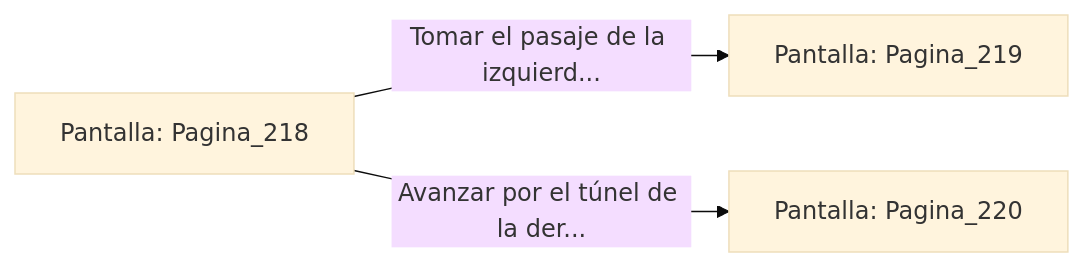
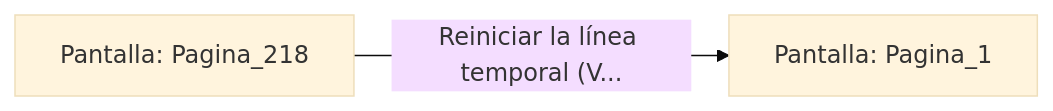
The diagram in sample/eligejuego-vault/Pantalla_Pagina_218.md (metsuke/mpl), drawn with Mermaid (base theme) before and after one commit. The commit also changed other lines of this file and 635 other files, not shown here.

First line of the commit message:
fix: añadir Pagina_1 como pantalla inicial en capitulo_01.mpl

````diff
--- a/sample/eligejuego-vault/Pantalla_Pagina_218.md
+++ b/sample/eligejuego-vault/Pantalla_Pagina_218.md
@@ -20,6 +17,5 @@
 ```mermaid
 graph LR
     P_Pagina_218["Pantalla: Pagina_218"]
-    P_Pagina_218 -->|"Tomar el pasaje de la izquierd..."| P_Pagina_219["Pantalla: Pagina_219"]
-    P_Pagina_218 -->|"Avanzar por el túnel de la der..."| P_Pagina_220["Pantalla: Pagina_220"]
+    P_Pagina_218 -->|"Reiniciar la línea temporal (V..."| P_Pagina_1["Pantalla: Pagina_1"]
 ```
````
